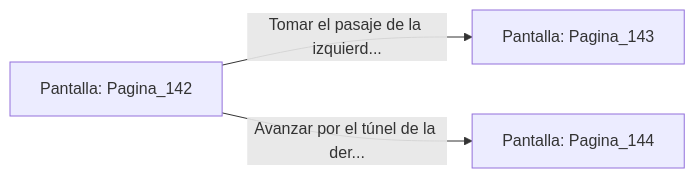
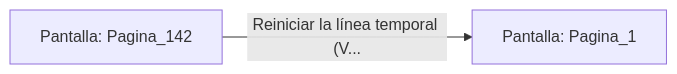
Before and after one commit to metsuke/mpl: the diagram in sample/eligejuego-vault/Pantalla_Pagina_142.md, drawn with Mermaid. The commit also changed other lines of this file and 635 other files, not shown here.

First line of the commit message:
fix: añadir Pagina_1 como pantalla inicial en capitulo_01.mpl

````diff
--- a/sample/eligejuego-vault/Pantalla_Pagina_142.md
+++ b/sample/eligejuego-vault/Pantalla_Pagina_142.md
@@ -20,6 +17,5 @@
 ```mermaid
 graph LR
     P_Pagina_142["Pantalla: Pagina_142"]
-    P_Pagina_142 -->|"Tomar el pasaje de la izquierd..."| P_Pagina_143["Pantalla: Pagina_143"]
-    P_Pagina_142 -->|"Avanzar por el túnel de la der..."| P_Pagina_144["Pantalla: Pagina_144"]
+    P_Pagina_142 -->|"Reiniciar la línea temporal (V..."| P_Pagina_1["Pantalla: Pagina_1"]
 ```
````
